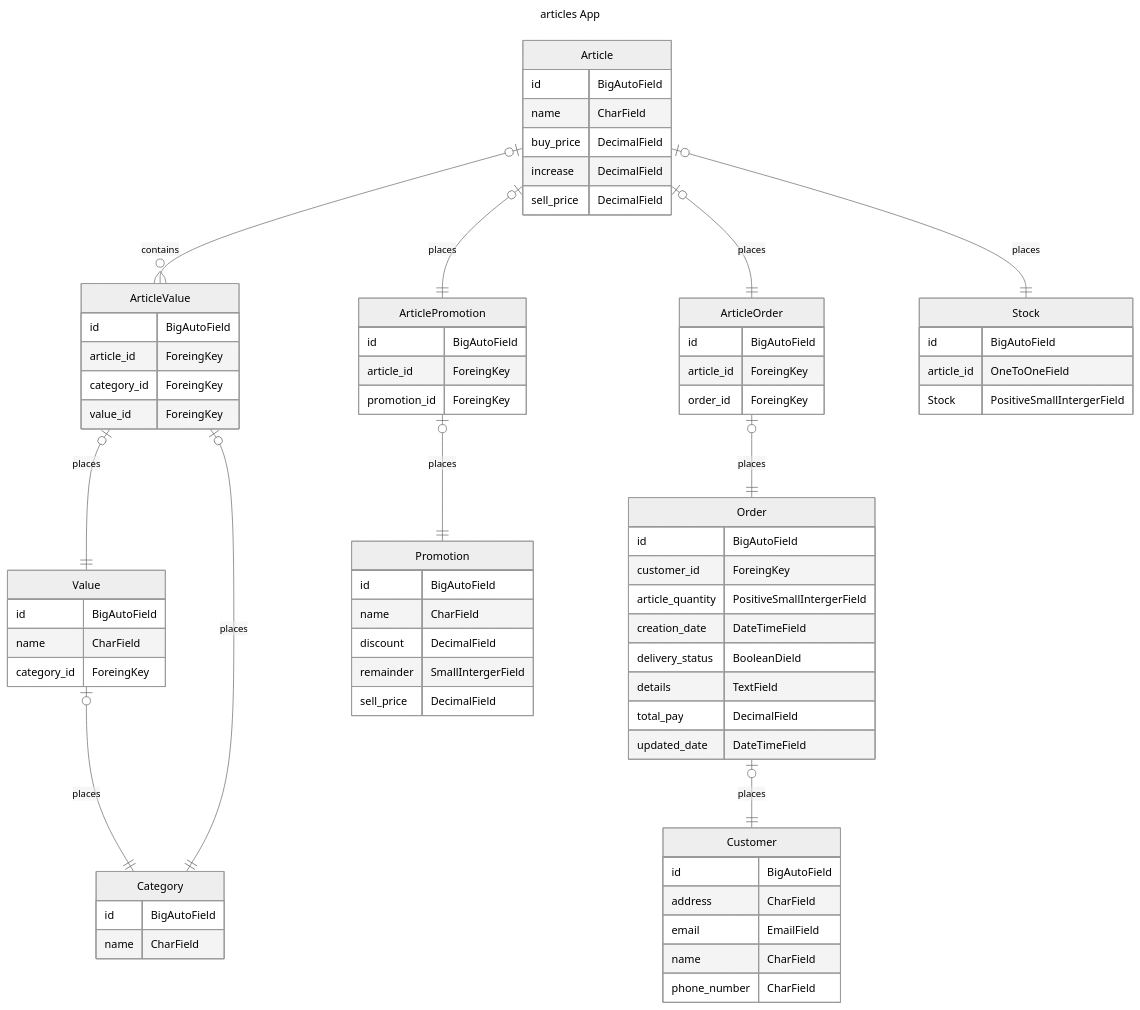
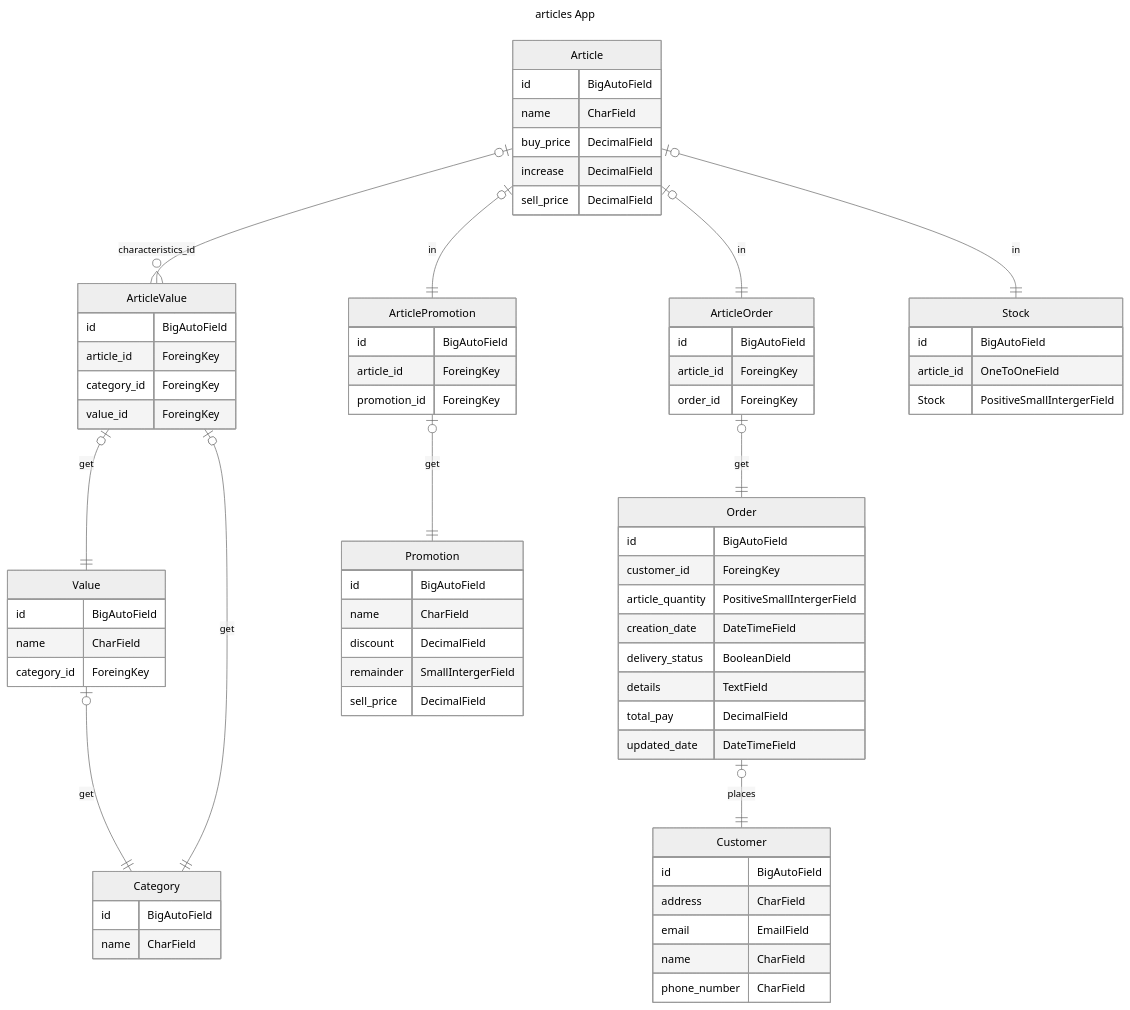
Before and after one commit to DarthKenar/ElCanarioRegionales: the diagram in DOCUMENTATION/diagram_models.mmd, drawn with Mermaid (neutral theme).

Commit message:
'xxxxxxxxxxx2'

```diff
--- a/DOCUMENTATION/diagram_models.mmd
+++ b/DOCUMENTATION/diagram_models.mmd
@@ -1,75 +1,75 @@
 ---
 title: articles App
 ---
 erDiagram 
-    Article one or zero to many ArticleValue : contains
-    Article |o--|| ArticlePromotion : places
-    Article |o--|| ArticleOrder : places
-    Article |o--|| Stock : places
-    ArticleValue |o--|| Value : places
-    ArticleValue |o--|| Category : places
-    Value |o--|| Category : places
-    ArticlePromotion |o--|| Promotion : places
-    ArticleOrder |o--|| Order : places
+    Article one or zero to many ArticleValue : characteristics_id
+    Article |o--|| ArticlePromotion : in
+    Article |o--|| ArticleOrder : in
+    Article |o--|| Stock : in
+    ArticleValue |o--|| Value : get
+    ArticleValue |o--|| Category : get
+    Value |o--|| Category : get
+    ArticlePromotion |o--|| Promotion : get
+    ArticleOrder |o--|| Order : get
     Order |o--|| Customer : places
     Article {
         id BigAutoField
         name CharField
         buy_price DecimalField
         increase DecimalField
         sell_price DecimalField
     }
     ArticleValue {
         id BigAutoField
         article_id ForeingKey
         category_id ForeingKey
         value_id ForeingKey
     }
     ArticlePromotion {
         id BigAutoField
         article_id ForeingKey
         promotion_id ForeingKey
     }
     ArticleOrder {
         id BigAutoField
         article_id ForeingKey
         order_id ForeingKey
     }
     Stock {
         id BigAutoField
         article_id OneToOneField
         Stock PositiveSmallIntergerField
     }
     Value {
         id BigAutoField
         name CharField
         category_id ForeingKey
     }
     Category {
         id BigAutoField
         name CharField
     }
     Promotion {
         id BigAutoField
         name CharField
         discount DecimalField
         remainder SmallIntergerField
         sell_price DecimalField
     }
     Order {
         id BigAutoField
         customer_id ForeingKey
         article_quantity PositiveSmallIntergerField
         creation_date DateTimeField
         delivery_status BooleanDield
         details TextField
         total_pay DecimalField
         updated_date DateTimeField
     }
     Customer {
         id BigAutoField
         address CharField
         email EmailField
         name CharField
         phone_number CharField
     }
```
